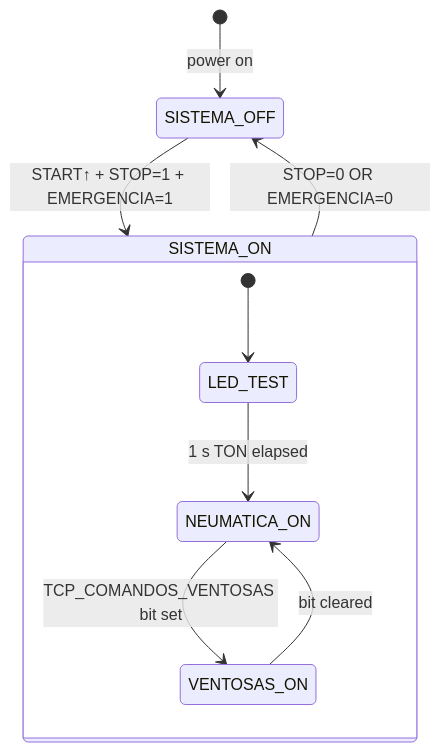
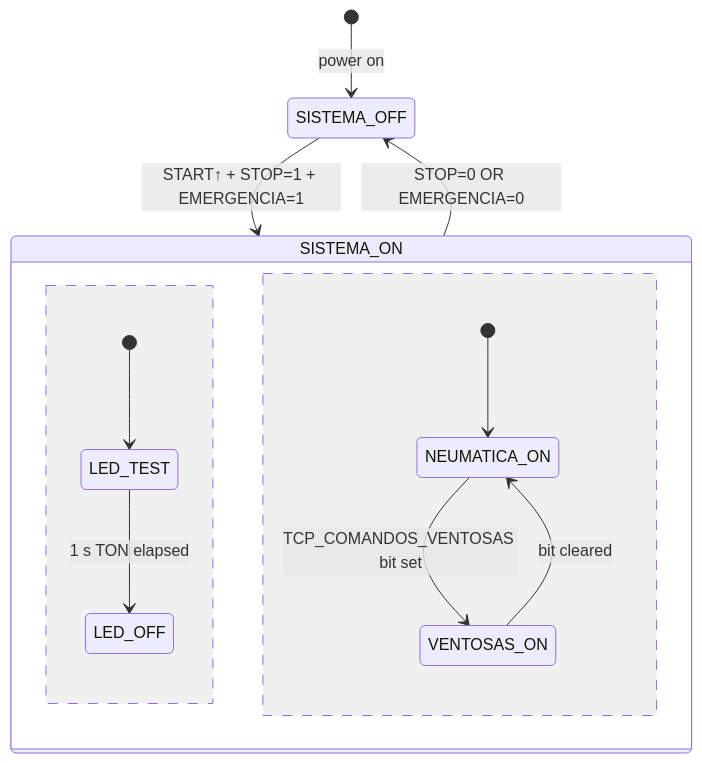
The second of 16 diagrams in README.md (jorgefajardom-coder/drone-packaging-simulation-unity), drawn with Mermaid before and after one commit. The commit also changed other lines of this file, not shown here.

````diff
--- a/README.md
+++ b/README.md
@@ -251,14 +251,16 @@
 ```mermaid
 stateDiagram-v2
     [*] --> SISTEMA_OFF : power on
 
     SISTEMA_OFF --> SISTEMA_ON : START↑ + STOP=1 + EMERGENCIA=1
     SISTEMA_ON --> SISTEMA_OFF : STOP=0 OR EMERGENCIA=0
 
     state SISTEMA_ON {
         [*] --> LED_TEST
-        LED_TEST --> NEUMATICA_ON : 1 s TON elapsed
+        LED_TEST --> LED_OFF : 1 s TON elapsed
+        --
+        [*] --> NEUMATICA_ON
         NEUMATICA_ON --> VENTOSAS_ON : TCP_COMANDOS_VENTOSAS bit set
         VENTOSAS_ON --> NEUMATICA_ON : bit cleared
     }
 ```
````
